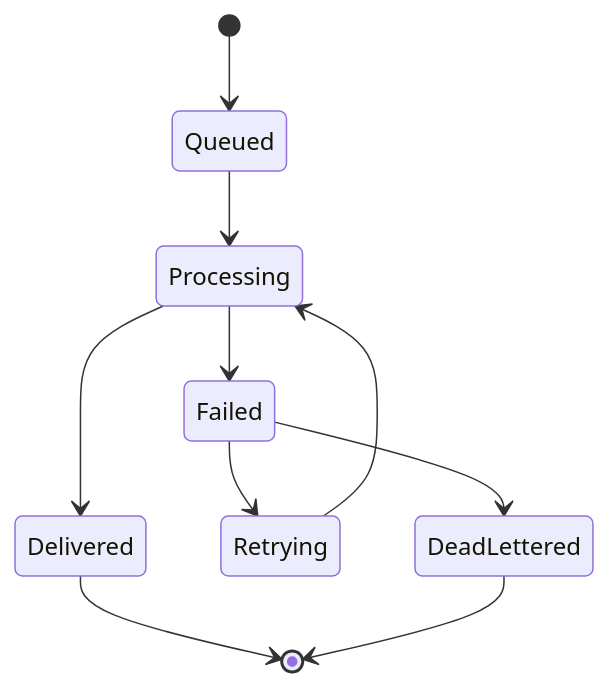
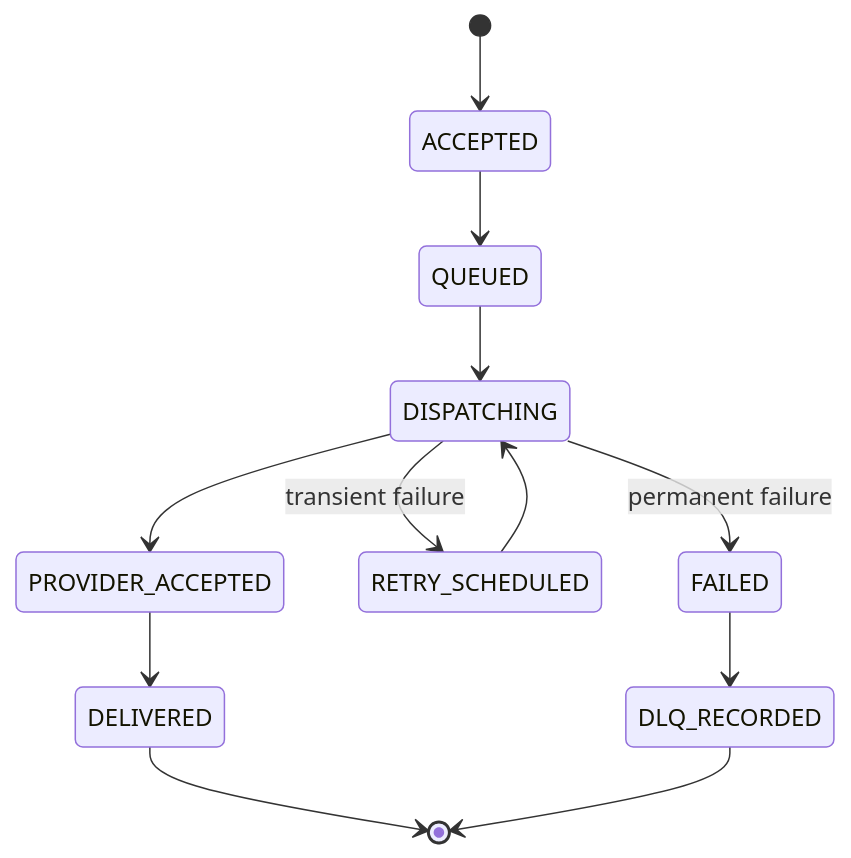
The diagram in Messaging and Notification Platform/detailed-design/state-machine-diagrams.md (0Ankit0/Project-Ideas), drawn with Mermaid before and after one commit. The commit also changed other lines of this file and 37 other files, not shown here.

Commit message:
Make messaging docs implementation-ready with detailed diagrams and runbooks

````diff
--- a/Messaging and Notification Platform/detailed-design/state-machine-diagrams.md
+++ b/Messaging and Notification Platform/detailed-design/state-machine-diagrams.md
@@ -3,12 +10,14 @@
 ```mermaid
 stateDiagram-v2
-  [*] --> Queued
-  Queued --> Processing
-  Processing --> Delivered
-  Processing --> Failed
-  Failed --> Retrying
-  Retrying --> Processing
-  Failed --> DeadLettered
-  Delivered --> [*]
-  DeadLettered --> [*]
+  [*] --> ACCEPTED
+  ACCEPTED --> QUEUED
+  QUEUED --> DISPATCHING
+  DISPATCHING --> PROVIDER_ACCEPTED
+  PROVIDER_ACCEPTED --> DELIVERED
+  DISPATCHING --> RETRY_SCHEDULED: transient failure
+  RETRY_SCHEDULED --> DISPATCHING
+  DISPATCHING --> FAILED: permanent failure
+  FAILED --> DLQ_RECORDED
+  DELIVERED --> [*]
+  DLQ_RECORDED --> [*]
 ```
````
